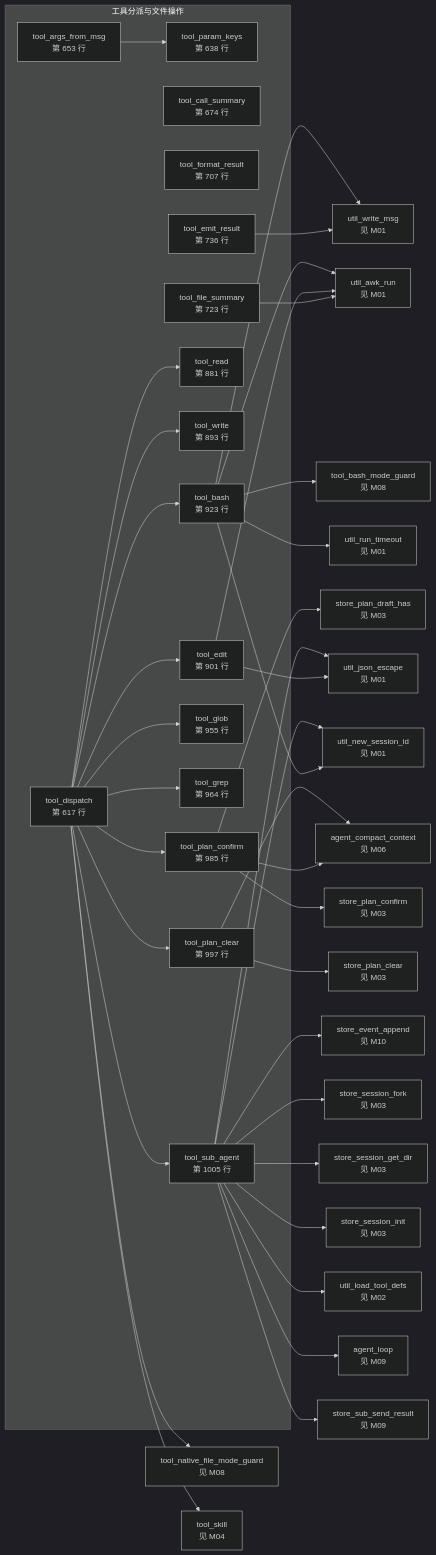
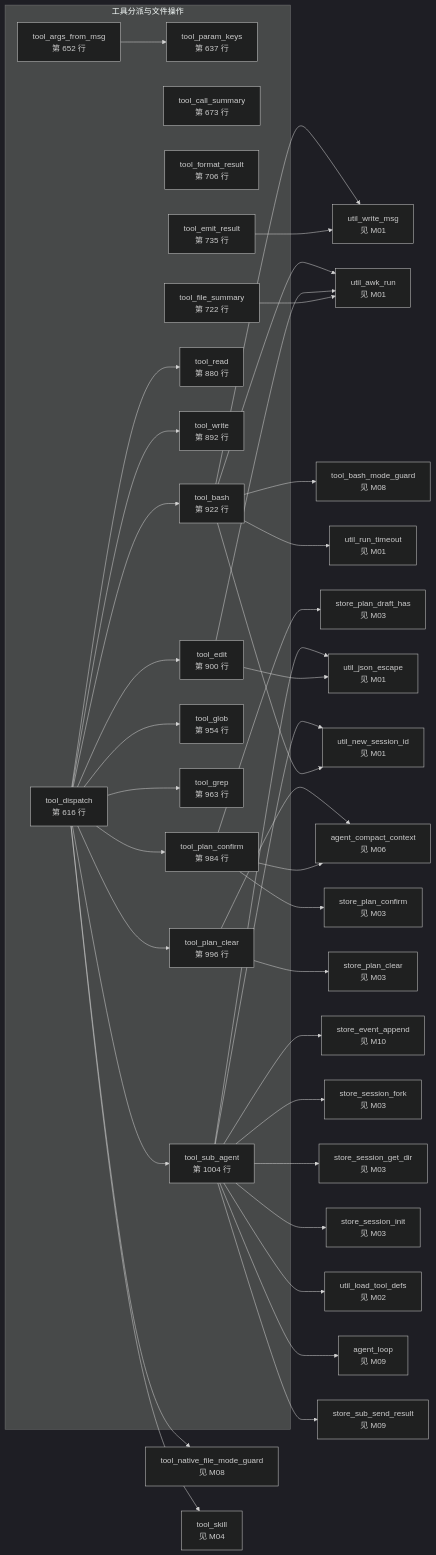
The ninth of 15 diagrams in docs/bash-data-flow.md (lloydzhou/bash-agent), drawn with Mermaid (dark theme) before and after one commit. The commit also changed other lines of this file and 1 other file, not shown here.

````diff
--- a/docs/bash-data-flow.md
+++ b/docs/bash-data-flow.md
@@ -329,75 +329,75 @@
 ```mermaid
 flowchart LR
   subgraph mod_7["工具分派与文件操作"]
-    f_tool_dispatch["tool_dispatch<br/>第 617 行"]
-    f_tool_param_keys["tool_param_keys<br/>第 638 行"]
-    f_tool_args_from_msg["tool_args_from_msg<br/>第 653 行"]
-    f_tool_call_summary["tool_call_summary<br/>第 674 行"]
-    f_tool_format_result["tool_format_result<br/>第 707 行"]
-    f_tool_file_summary["tool_file_summary<br/>第 723 行"]
-    f_tool_emit_result["tool_emit_result<br/>第 736 行"]
-    f_tool_read["tool_read<br/>第 881 行"]
-    f_tool_write["tool_write<br/>第 893 行"]
-    f_tool_edit["tool_edit<br/>第 901 行"]
-    f_tool_bash["tool_bash<br/>第 923 行"]
-    f_tool_glob["tool_glob<br/>第 955 行"]
-    f_tool_grep["tool_grep<br/>第 964 行"]
-    f_tool_plan_confirm["tool_plan_confirm<br/>第 985 行"]
-    f_tool_plan_clear["tool_plan_clear<br/>第 997 行"]
-    f_tool_sub_agent["tool_sub_agent<br/>第 1005 行"]
+    f_tool_dispatch["tool_dispatch<br/>第 616 行"]
+    f_tool_param_keys["tool_param_keys<br/>第 637 行"]
+    f_tool_args_from_msg["tool_args_from_msg<br/>第 652 行"]
+    f_tool_call_summary["tool_call_summary<br/>第 673 行"]
+    f_tool_format_result["tool_format_result<br/>第 706 行"]
+    f_tool_file_summary["tool_file_summary<br/>第 722 行"]
+    f_tool_emit_result["tool_emit_result<br/>第 735 行"]
+    f_tool_read["tool_read<br/>第 880 行"]
+    f_tool_write["tool_write<br/>第 892 行"]
+    f_tool_edit["tool_edit<br/>第 900 行"]
+    f_tool_bash["tool_bash<br/>第 922 行"]
+    f_tool_glob["tool_glob<br/>第 954 行"]
+    f_tool_grep["tool_grep<br/>第 963 行"]
+    f_tool_plan_confirm["tool_plan_confirm<br/>第 984 行"]
+    f_tool_plan_clear["tool_plan_clear<br/>第 996 行"]
+    f_tool_sub_agent["tool_sub_agent<br/>第 1004 行"]
   end
   f_agent_compact_context["agent_compact_context<br/>见 M06"]
   f_agent_loop["agent_loop<br/>见 M09"]
   f_store_event_append["store_event_append<br/>见 M10"]
   f_store_plan_clear["store_plan_clear<br/>见 M03"]
   f_store_plan_confirm["store_plan_confirm<br/>见 M03"]
   f_store_plan_draft_has["store_plan_draft_has<br/>见 M03"]
   f_store_session_fork["store_session_fork<br/>见 M03"]
   f_store_session_get_dir["store_session_get_dir<br/>见 M03"]
   f_store_session_init["store_session_init<br/>见 M03"]
   f_store_sub_send_result["store_sub_send_result<br/>见 M09"]
   f_tool_bash_mode_guard["tool_bash_mode_guard<br/>见 M08"]
   f_tool_native_file_mode_guard["tool_native_file_mode_guard<br/>见 M08"]
   f_tool_skill["tool_skill<br/>见 M04"]
   f_util_awk_run["util_awk_run<br/>见 M01"]
   f_util_json_escape["util_json_escape<br/>见 M01"]
   f_util_load_tool_defs["util_load_tool_defs<br/>见 M02"]
   f_util_new_session_id["util_new_session_id<br/>见 M01"]
   f_util_run_timeout["util_run_timeout<br/>见 M01"]
   f_util_write_msg["util_write_msg<br/>见 M01"]
   f_tool_dispatch --> f_tool_native_file_mode_guard
   f_tool_dispatch --> f_tool_read
   f_tool_dispatch --> f_tool_write
   f_tool_dispatch --> f_tool_edit
   f_tool_dispatch --> f_tool_bash
   f_tool_dispatch --> f_tool_glob
   f_tool_dispatch --> f_tool_grep
   f_tool_dispatch --> f_tool_plan_confirm
   f_tool_dispatch --> f_tool_plan_clear
   f_tool_dispatch --> f_tool_skill
   f_tool_dispatch --> f_tool_sub_agent
   f_tool_args_from_msg --> f_tool_param_keys
   f_tool_file_summary --> f_util_awk_run
   f_tool_emit_result --> f_util_write_msg
   f_tool_edit --> f_util_json_escape
   f_tool_edit --> f_util_awk_run
   f_tool_bash --> f_tool_bash_mode_guard
   f_tool_bash --> f_util_new_session_id
   f_tool_bash --> f_util_write_msg
   f_tool_bash --> f_util_run_timeout
   f_tool_bash --> f_util_awk_run
   f_tool_plan_confirm --> f_store_plan_draft_has
   f_tool_plan_confirm --> f_agent_compact_context
   f_tool_plan_confirm --> f_store_plan_confirm
   f_tool_plan_clear --> f_agent_compact_context
   f_tool_plan_clear --> f_store_plan_clear
   f_tool_sub_agent --> f_util_new_session_id
   f_tool_sub_agent --> f_store_event_append
   f_tool_sub_agent --> f_util_json_escape
   f_tool_sub_agent --> f_store_session_fork
   f_tool_sub_agent --> f_store_session_get_dir
   f_tool_sub_agent --> f_store_session_init
   f_tool_sub_agent --> f_util_load_tool_defs
   f_tool_sub_agent --> f_agent_loop
   f_tool_sub_agent --> f_store_sub_send_result
 ```
````
